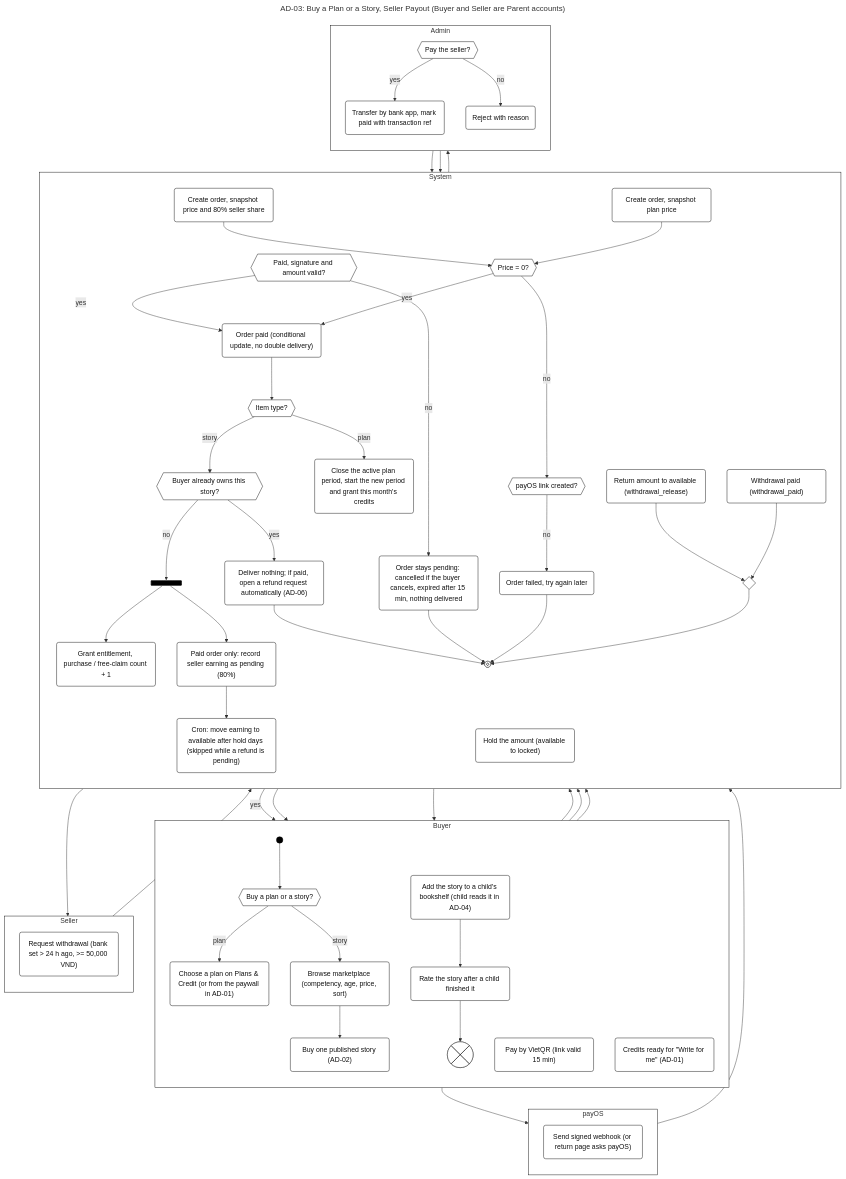
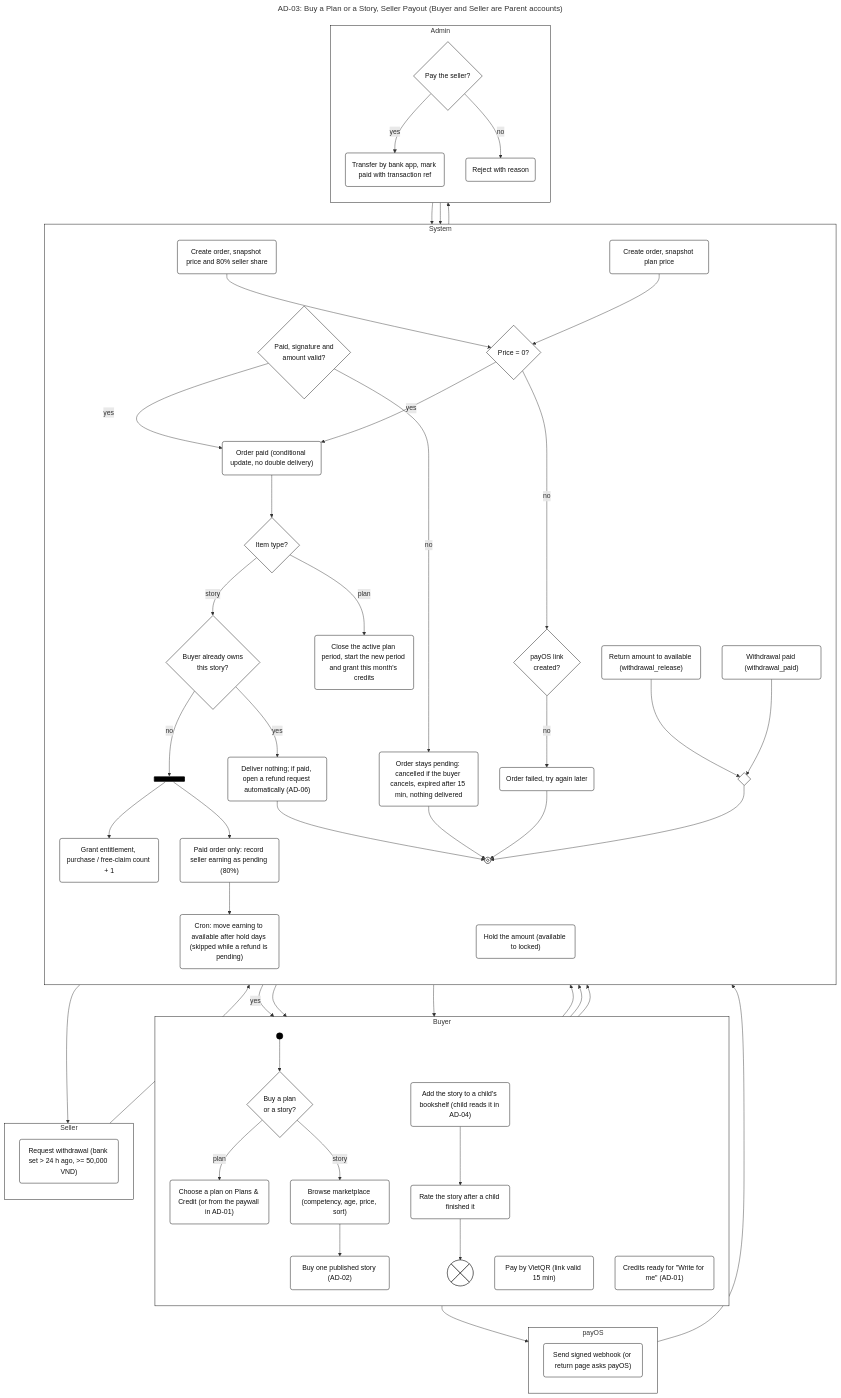
Before and after one commit to SEP490-GFA26SE186/BE: the diagram in docs/diagrams/activity/AD-03-buy-plan-or-story.mmd, drawn with Mermaid. The commit also changed 17 other files, not shown here.

```diff
--- a/docs/diagrams/activity/AD-03-buy-plan-or-story.mmd
+++ b/docs/diagrams/activity/AD-03-buy-plan-or-story.mmd
@@ -1,108 +1,108 @@
 ---
 title: "AD-03: Buy a Plan or a Story, Seller Payout (Buyer and Seller are Parent accounts)"
 ---
 %%{init: {"flowchart": {"curve": "linear", "nodeSpacing": 30, "rankSpacing": 40}, "themeVariables": {"fontFamily": "Arial", "fontSize": "14px", "lineColor": "#333333"}}%%
 flowchart TB
   subgraph L_B["Buyer"]
     direction TB
     start((" "))
-    d_type{{"Buy a plan or a story?"}}
+    d_type{"Buy a plan<br/>or a story?"}
     a_plan("Choose a plan on Plans & Credit (or from the paywall in AD-01)")
     a_browse("Browse marketplace (competency, age, price, sort)")
     a_buyone("Buy one published story (AD-02)")
     a_pay("Pay by VietQR (link valid 15 min)")
     a_credits("Credits ready for #quot;Write for me#quot; (AD-01)")
     a_shelf("Add the story to a child's bookshelf (child reads it in AD-04)")
     a_rate("Rate the story after a child finished it")
     ff@{ shape: cross-circ }
   end
   subgraph L_S["System"]
     direction TB
     s_plan("Create order, snapshot plan price")
     s_story("Create order, snapshot price and 80% seller share")
-    d_free{{"Price = 0?"}}
-    d_link{{"payOS link created?"}}
+    d_free{"Price = 0?"}
+    d_link{"payOS link<br/>created?"}
     s_failed("Order failed, try again later")
     s_pending("Order stays pending: cancelled if the buyer cancels, expired after 15 min, nothing delivered")
-    d_valid{{"Paid, signature and amount valid?"}}
+    d_valid{"Paid, signature and<br/>amount valid?"}
     s_paid("Order paid (conditional update, no double delivery)")
     s_period("Close the active plan period, start the new period and grant this month's credits")
-    d_item{{"Item type?"}}
-    d_owns{{"Buyer already owns this story?"}}
+    d_item{"Item type?"}
+    d_owns{"Buyer already owns<br/>this story?"}
     s_dup("Deliver nothing; if paid, open a refund request automatically (AD-06)")
     fork@{ shape: fork }
     s_entitle("Grant entitlement, purchase / free-claim count + 1")
     s_earn("Paid order only: record seller earning as pending (80%)")
     s_cron("Cron: move earning to available after hold days (skipped while a refund is pending)")
     s_holdamt("Hold the amount (available to locked)")
     s_wpaid("Withdrawal paid (withdrawal_paid)")
     s_release("Return amount to available (withdrawal_release)")
     n_end@{ shape: fr-circ }
     merge{" "}
   end
   subgraph L_Q["payOS"]
     direction TB
     web("Send signed webhook (or return page asks payOS)")
   end
   subgraph L_E["Seller"]
     direction TB
     a_wd("Request withdrawal (bank set > 24 h ago, >= 50,000 VND)")
   end
   subgraph L_A["Admin"]
     direction TB
-    d_pay{{"Pay the seller?"}}
+    d_pay{"Pay the seller?"}
     a_transfer("Transfer by bank app, mark paid with transaction ref")
     a_reject("Reject with reason")
   end
 
   start --> d_type
   d_type -- "plan" --> a_plan
   d_type -- "story" --> a_browse
   a_browse --> a_buyone
   a_plan --> s_plan
   a_buyone --> s_story
   s_plan --> d_free
   s_story --> d_free
   d_free -- "no" --> d_link
   d_free -- "yes" --> s_paid
   d_link -- "no" --> s_failed
   d_link -- "yes" --> a_pay
   a_pay --> web
   web --> d_valid
   d_valid -- "no" --> s_pending
   d_valid -- "yes" --> s_paid
   s_paid --> d_item
   d_item -- "plan" --> s_period
   s_period --> a_credits
   d_item -- "story" --> d_owns
   d_owns -- "yes" --> s_dup
   d_owns -- "no" --> fork
   fork --> s_entitle
   fork --> s_earn
   s_entitle --> a_shelf
   a_shelf --> a_rate
   a_rate --> ff
   s_earn --> s_cron
   s_cron --> a_wd
   a_wd --> s_holdamt
   s_holdamt --> d_pay
   d_pay -- "yes" --> a_transfer
   d_pay -- "no" --> a_reject
   a_transfer --> s_wpaid
   a_reject --> s_release
   s_wpaid --> merge
   s_release --> merge
   merge --> n_end
   s_failed --> n_end
   s_pending --> n_end
   s_dup --> n_end
   a_credits --> n_end
 
   classDef default fill:#FFFFFF,stroke:#000000,color:#111111
   classDef solid fill:#000000,stroke:#000000
   class start,fork solid
   style L_B fill:#FFFFFF,stroke:#000000
   style L_S fill:#FFFFFF,stroke:#000000
   style L_Q fill:#FFFFFF,stroke:#000000
   style L_E fill:#FFFFFF,stroke:#000000
   style L_A fill:#FFFFFF,stroke:#000000
```
